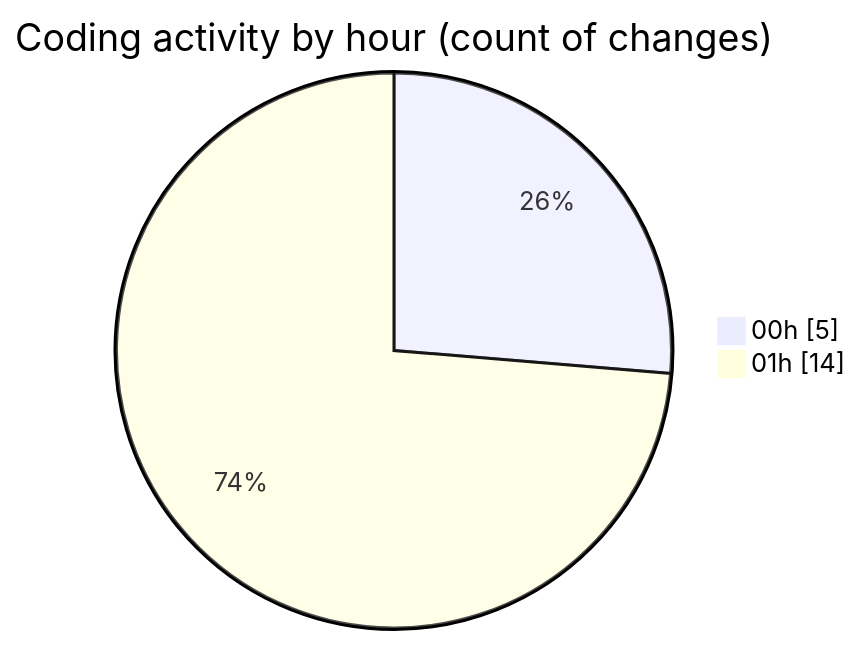
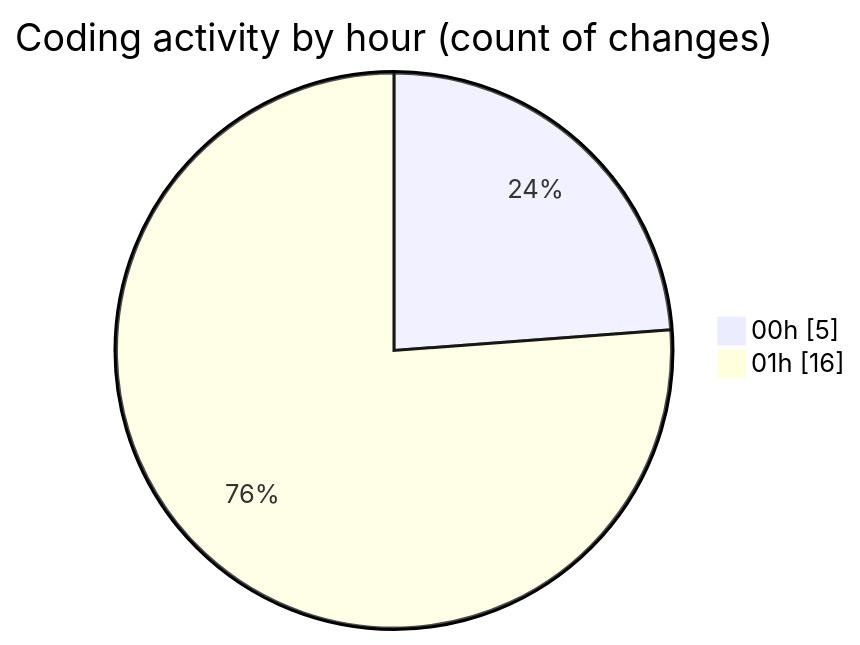
The second of 2 diagrams in 2025-11-06/usr_aleoudev_fr__workspace_/README.md (julien-gomy/code-tracking), drawn with Mermaid before and after one commit. The commit also changed other lines of this file and 1 other file, not shown here.

````diff
--- a/2025-11-06/usr_aleoudev_fr__workspace_/README.md
+++ b/2025-11-06/usr_aleoudev_fr__workspace_/README.md
@@ -33,6 +33,6 @@
 ```mermaid
 pie showData
 title Coding activity by hour (count of changes)
 "00h" : 5
-"01h" : 14
+"01h" : 16
 ```
````
